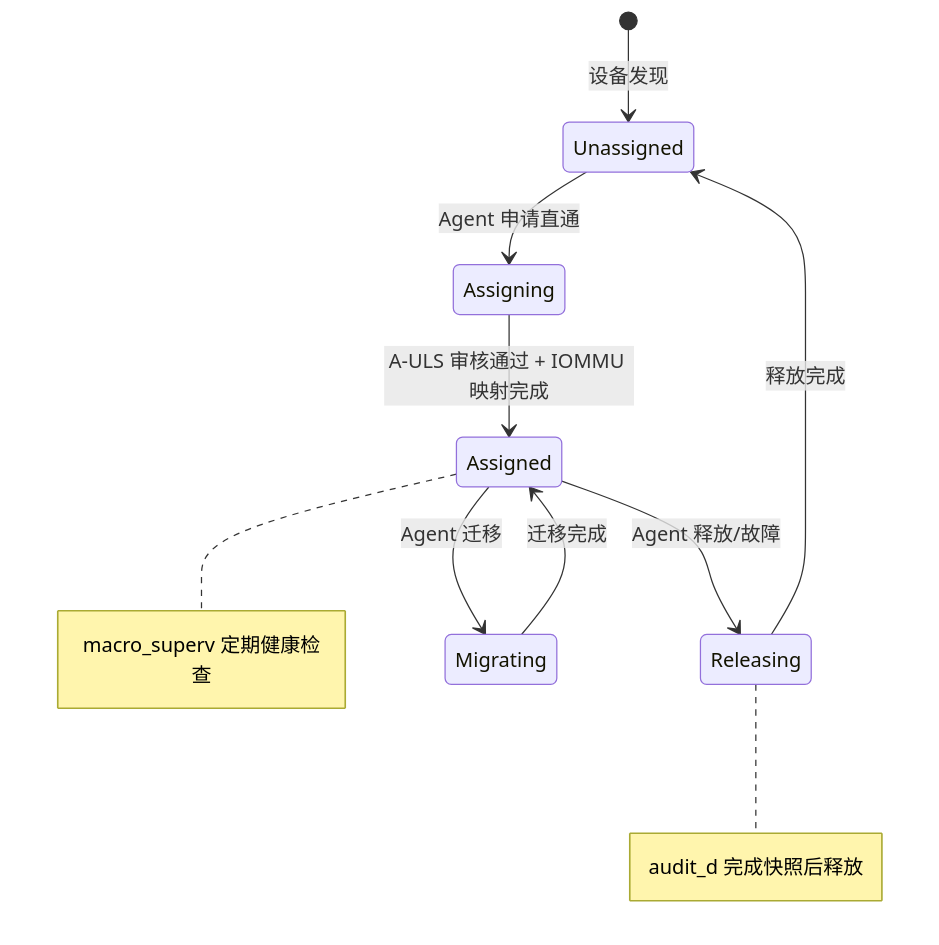
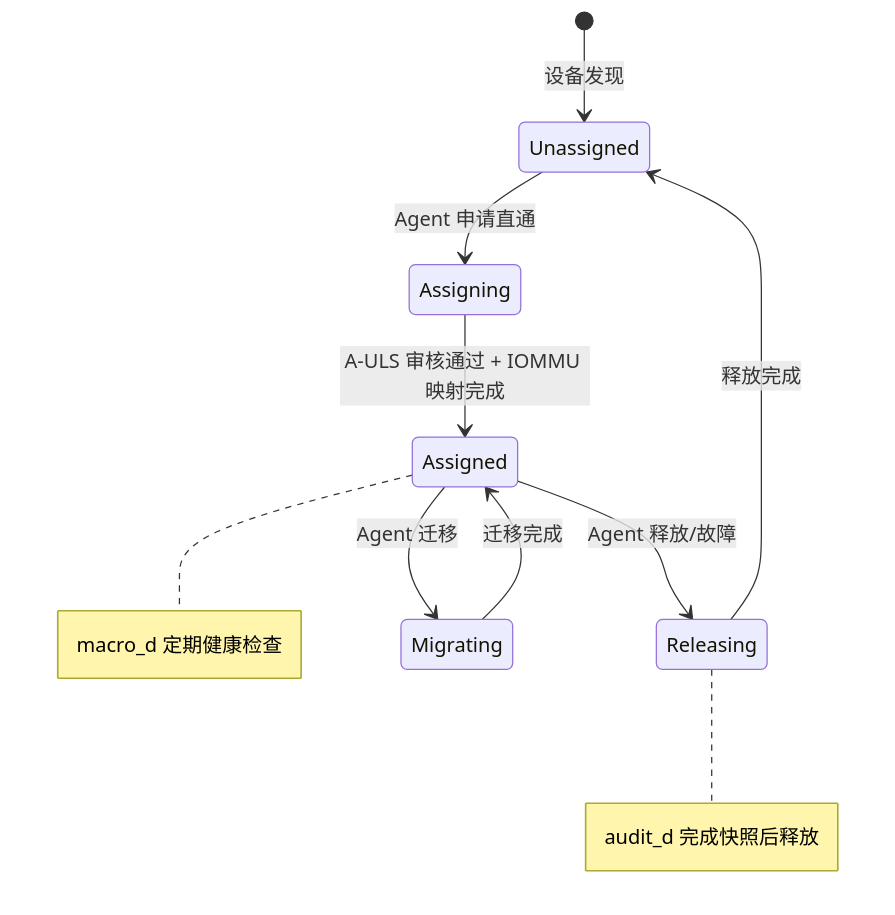
One commit to openairymax/docs changed the third of 5 diagrams in AirymaxOS/60-driver-model/06-vfio-passthrough.md. Above: the diagram before and after it, drawn with Mermaid. The commit also changed other lines of this file and 71 other files, not shown here.

````diff
--- a/AirymaxOS/60-driver-model/06-vfio-passthrough.md
+++ b/AirymaxOS/60-driver-model/06-vfio-passthrough.md
@@ -279,12 +279,12 @@
 ```mermaid
 stateDiagram-v2
     [*] --> Unassigned: 设备发现
     Unassigned --> Assigning: Agent 申请直通
     Assigning --> Assigned: A-ULS 审核通过 + IOMMU 映射完成
     Assigned --> Releasing: Agent 释放/故障
     Releasing --> Unassigned: 释放完成
     Assigned --> Migrating: Agent 迁移
     Migrating --> Assigned: 迁移完成
-    note right of Assigned: macro_superv 定期健康检查
+    note right of Assigned: macro_d 定期健康检查
     note right of Releasing: audit_d 完成快照后释放
 ```
````
